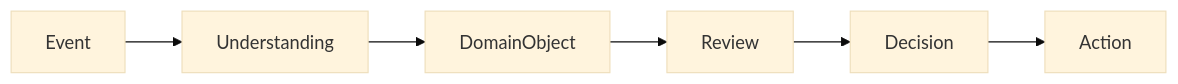
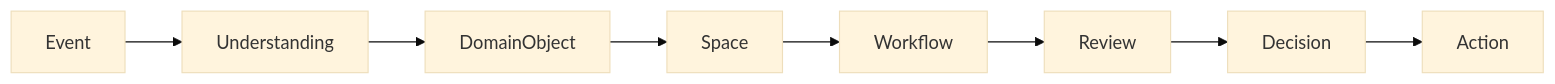
Before and after one commit to tiroq/praxis: the diagram in rfcs/011-domain-model.md, drawn with Mermaid (base theme). The commit also changed other lines of this file, not shown here.

Commit message:
Redefine Domain Model architecture to clarify roles of Spaces, Domain Objects, and Capabilities; introduce layered conceptual model and update ownership principles.

````diff
--- a/rfcs/011-domain-model.md
+++ b/rfcs/011-domain-model.md
@@ -72,4 +82,4 @@
 ```mermaid
 flowchart LR
-    Event --> Understanding --> DomainObject --> Review --> Decision --> Action
+    Event --> Understanding --> DomainObject --> Space --> Workflow --> Review --> Decision --> Action
 ```
````
